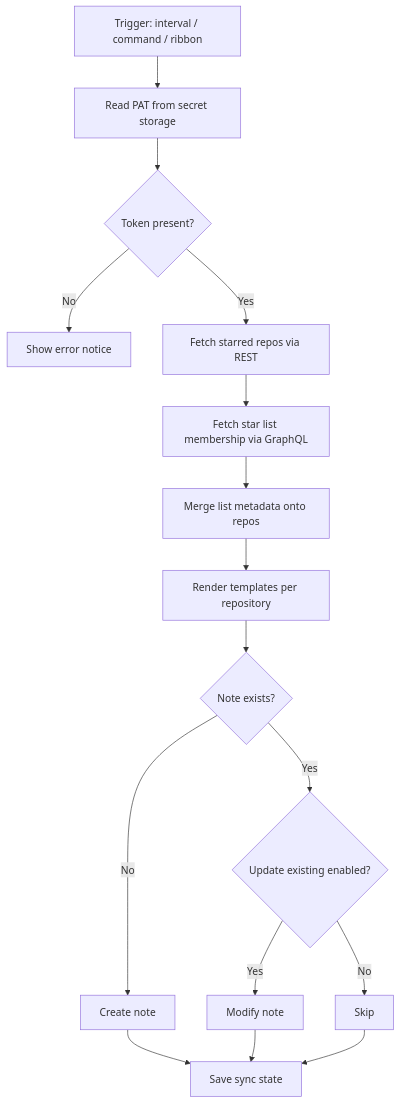
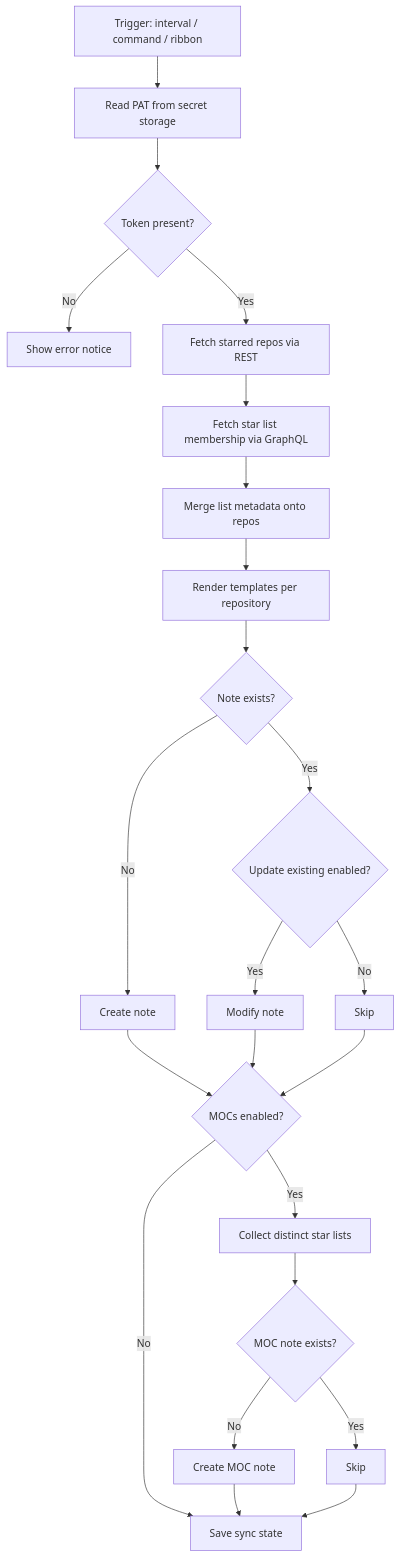
One commit to greg-fox/github-stars-sync changed the diagram in docs/architecture.md. Above: the diagram before and after it, drawn with Mermaid. The commit also changed other lines of this file and 14 other files, not shown here.

First line of the commit message:
feat(sync): add star list maps of content

````diff
--- a/docs/architecture.md
+++ b/docs/architecture.md
@@ -29,18 +30,25 @@
 ```mermaid
 flowchart TD
   A[Trigger: interval / command / ribbon] --> B[Read PAT from secret storage]
   B --> C{Token present?}
   C -- No --> D[Show error notice]
   C -- Yes --> E[Fetch starred repos via REST]
   E --> F[Fetch star list membership via GraphQL]
   F --> G[Merge list metadata onto repos]
   G --> H[Render templates per repository]
   H --> I{Note exists?}
   I -- No --> J[Create note]
   I -- Yes --> K{Update existing enabled?}
   K -- No --> L[Skip]
   K -- Yes --> M[Modify note]
-  J --> N[Save sync state]
+  J --> N{MOCs enabled?}
   M --> N
   L --> N
+  N -- No --> S[Save sync state]
+  N -- Yes --> O[Collect distinct star lists]
+  O --> P{MOC note exists?}
+  P -- No --> Q[Create MOC note]
+  P -- Yes --> R[Skip]
+  Q --> S
+  R --> S
 ```
````
